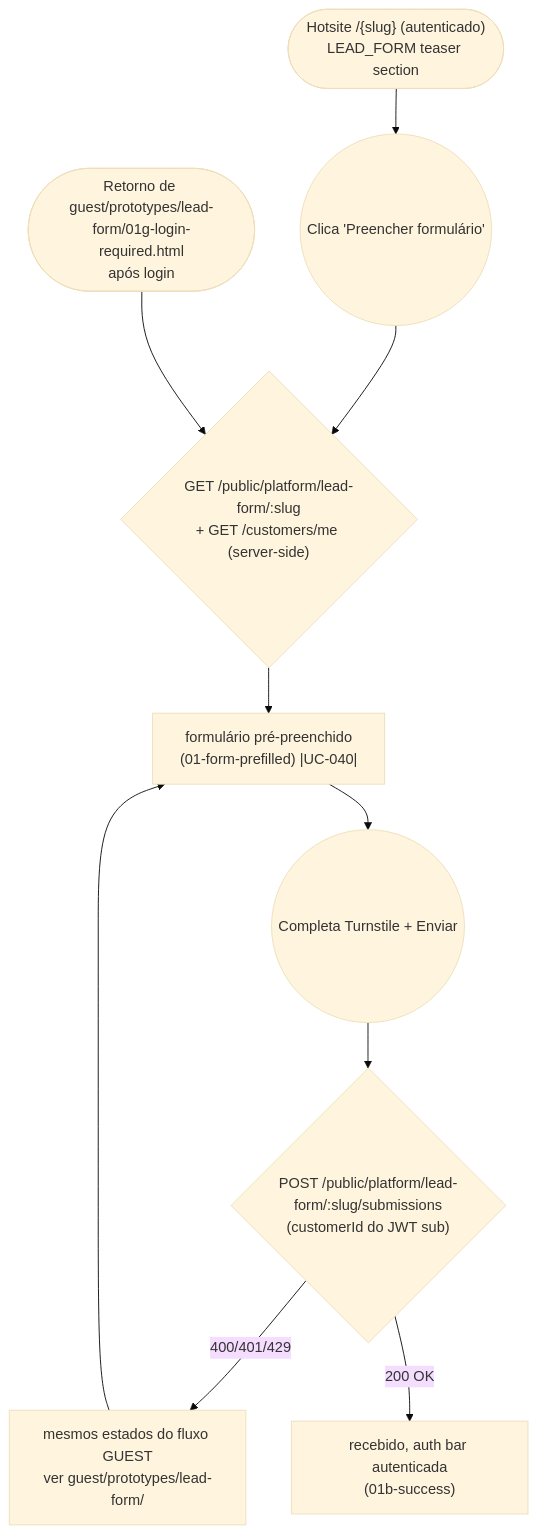
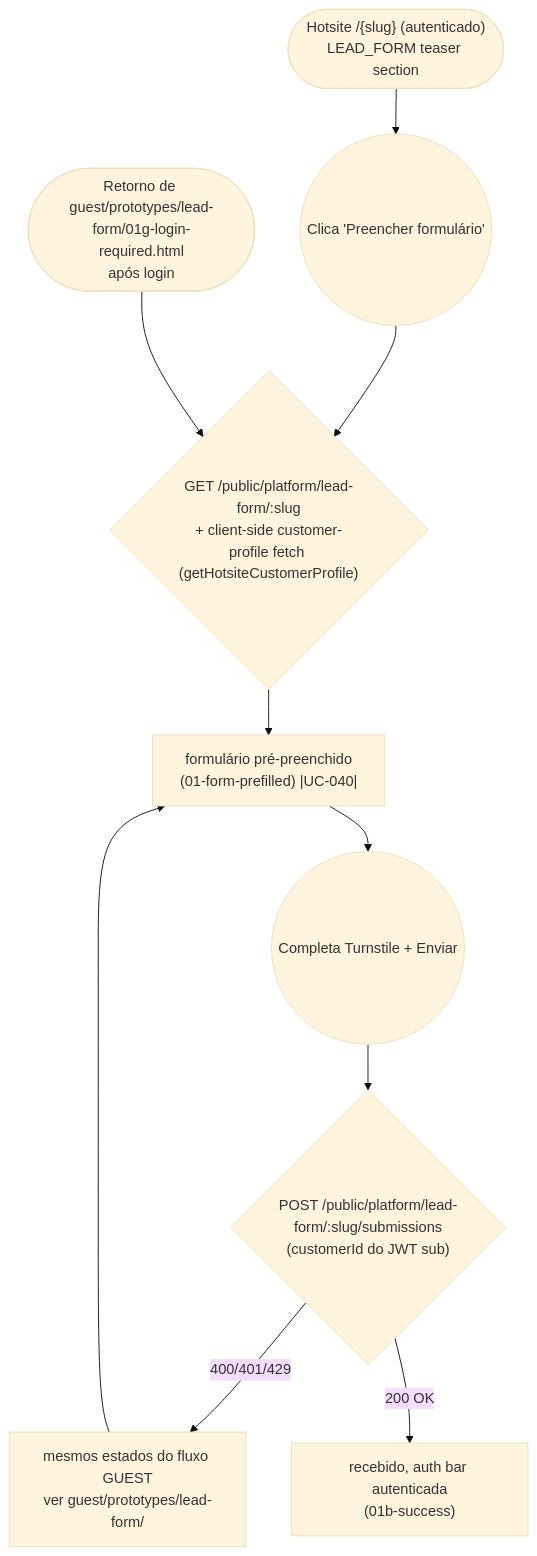
The diagram in journeys/customer/submit-lead-form.md (lmmoreira/ikaro), drawn with Mermaid (base theme) before and after one commit. The commit also changed 50 other files, not shown here.

````diff
--- a/journeys/customer/submit-lead-form.md
+++ b/journeys/customer/submit-lead-form.md
@@ -10,15 +10,15 @@
 ```mermaid
 flowchart TD
     Start(["Hotsite /{slug} (autenticado)<br/>LEAD_FORM teaser section"]) --> CTA(("Clica 'Preencher formulário'"))
-    CTA --> Fetch{"GET /public/platform/lead-form/:slug<br/>+ GET /customers/me (server-side)"}
+    CTA --> Fetch{"GET /public/platform/lead-form/:slug<br/>+ client-side customer-profile fetch (getHotsiteCustomerProfile)"}
     Fetch --> Form["formulário pré-preenchido<br/>(01-form-prefilled) |UC-040|"]
 
     LoginReturn(["Retorno de guest/prototypes/lead-form/01g-login-required.html<br/>após login"]) --> Fetch
 
     Form --> Turnstile(("Completa Turnstile + Enviar"))
     Turnstile --> Submit{"POST /public/platform/lead-form/:slug/submissions<br/>(customerId do JWT sub)"}
     Submit -- "400/401/429" --> SharedError["mesmos estados do fluxo GUEST<br/>ver guest/prototypes/lead-form/"]
     Submit -- "200 OK" --> Success["recebido, auth bar autenticada<br/>(01b-success)"]
 
     SharedError --> Form
 ```
````
